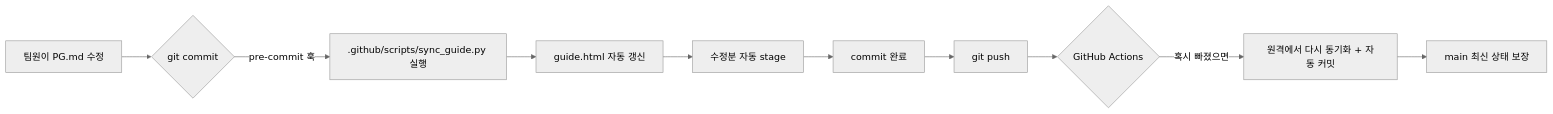
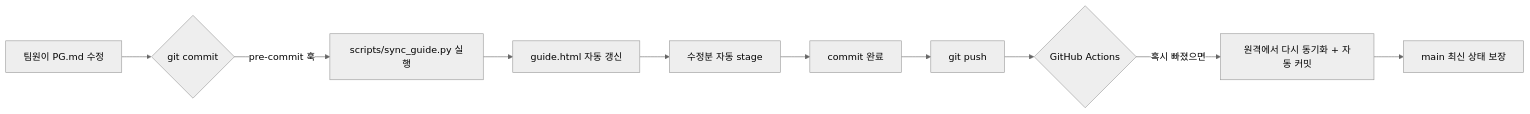
One commit to Lemon-Aid-KDT/Lemon-sin changed the ninth of 12 diagrams in PROJECT_GUIDE.md. Above: the diagram before and after it, drawn with Mermaid (neutral theme). The commit also changed other lines of this file and 116 other files, not shown here.

````diff
--- a/PROJECT_GUIDE.md
+++ b/PROJECT_GUIDE.md
@@ -2093,12 +2088,12 @@
 ```mermaid
 flowchart LR
     A[팀원이 PG.md 수정] --> B{git commit}
-    B -->|pre-commit 훅| C[.github/scripts/sync_guide.py 실행]
+    B -->|pre-commit 훅| C[scripts/sync_guide.py 실행]
     C --> D[guide.html 자동 갱신]
     D --> E[수정분 자동 stage]
     E --> F[commit 완료]
     F --> G[git push]
     G --> H{GitHub Actions}
     H -->|혹시 빠졌으면| I[원격에서 다시 동기화 + 자동 커밋]
     I --> J[main 최신 상태 보장]
 ```
````
